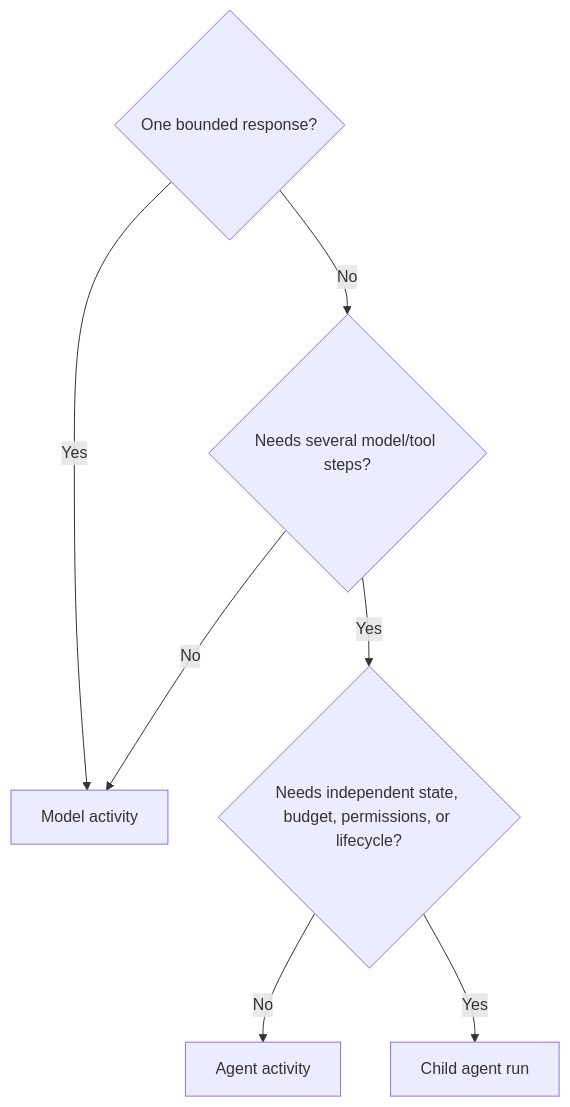
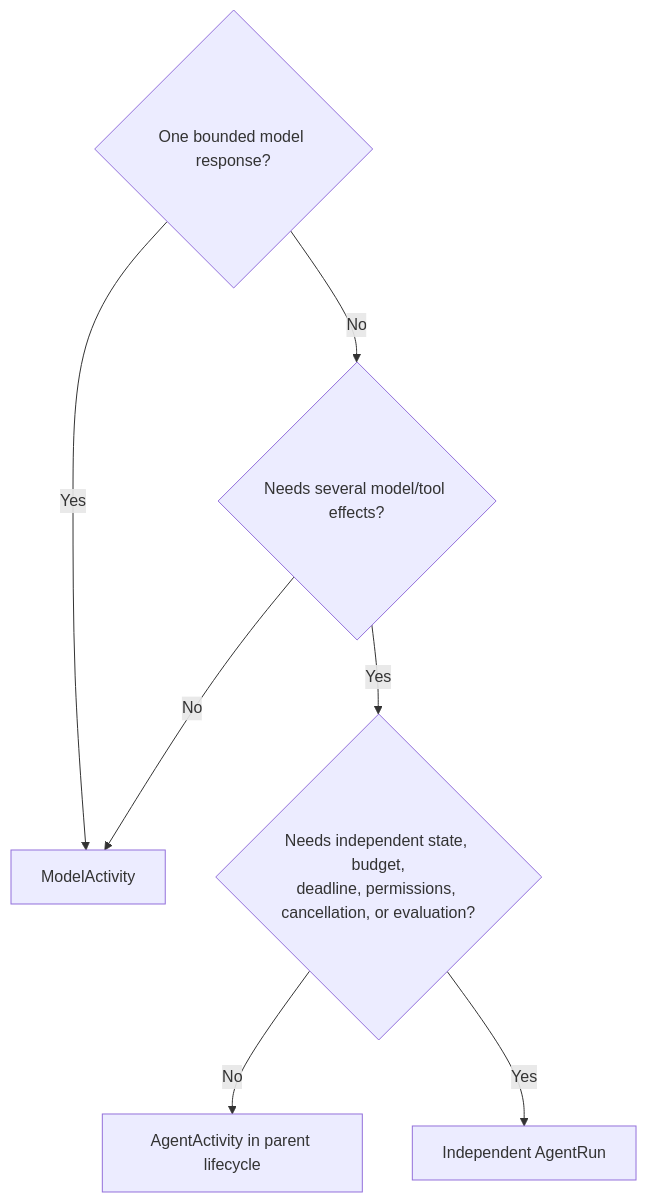
One commit to thaithienvanid/agentic-reference-architecture changed the diagram in handbook/agents.mdx. Above: the diagram before and after it, drawn with Mermaid. The commit also changed other lines of this file, not shown here.

Commit message:
standardize agent resource version and run terminology

````diff
--- a/handbook/agents.mdx
+++ b/handbook/agents.mdx
@@ -27,16 +29,16 @@
 ```mermaid
 flowchart TB
-    Start{"One bounded response?"}
-    Model["Model activity"]
-    Multi{"Needs several model/tool steps?"}
-    Agent["Agent activity"]
-    Independent{"Needs independent state, budget, permissions, or lifecycle?"}
-    Child["Child agent run"]
+    Start{"One bounded model response?"}
+    Model["ModelActivity"]
+    Multi{"Needs several model/tool effects?"}
+    AgentActivity["AgentActivity in parent lifecycle"]
+    Independent{"Needs independent state, budget,<br/>deadline, permissions, cancellation, or evaluation?"}
+    AgentRun["Independent AgentRun"]
 
     Start -->|Yes| Model
     Start -->|No| Multi
     Multi -->|No| Model
     Multi -->|Yes| Independent
-    Independent -->|No| Agent
-    Independent -->|Yes| Child
+    Independent -->|No| AgentActivity
+    Independent -->|Yes| AgentRun
 ```
````
